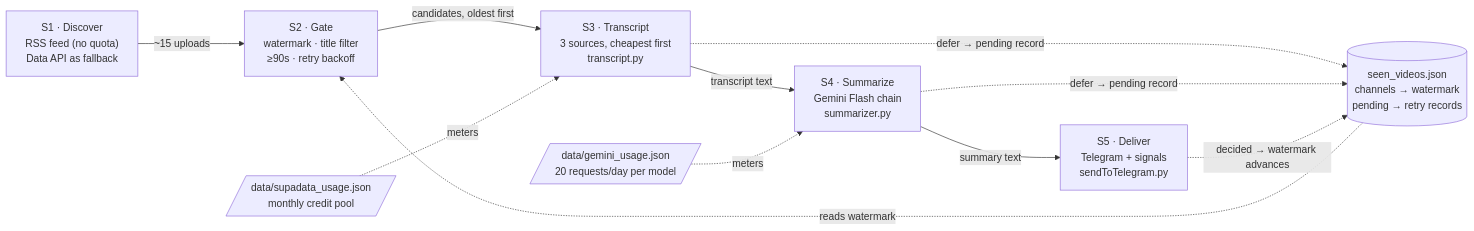
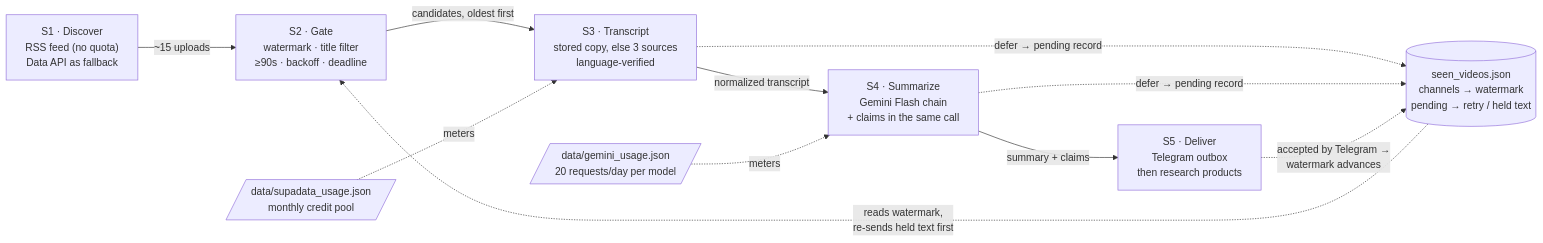
The first of 4 diagrams in docs/architecture.md (Oussamawork/YouTubeAutoSummarizer), drawn with Mermaid before and after one commit. The commit also changed other lines of this file, not shown here.

First line of the commit message:
docs: bring the architecture doc up to date with main

````diff
--- a/docs/architecture.md
+++ b/docs/architecture.md
@@ -22,22 +19,22 @@
 ```mermaid
 flowchart LR
     S1["S1 · Discover<br/>RSS feed (no quota)<br/>Data API as fallback"]
-    S2["S2 · Gate<br/>watermark · title filter<br/>≥90s · retry backoff"]
-    S3["S3 · Transcript<br/>3 sources, cheapest first<br/>transcript.py"]
-    S4["S4 · Summarize<br/>Gemini Flash chain<br/>summarizer.py"]
-    S5["S5 · Deliver<br/>Telegram + signals<br/>sendToTelegram.py"]
-    STATE[("seen_videos.json<br/>channels → watermark<br/>pending → retry records")]
+    S2["S2 · Gate<br/>watermark · title filter<br/>≥90s · backoff · deadline"]
+    S3["S3 · Transcript<br/>stored copy, else 3 sources<br/>language-verified"]
+    S4["S4 · Summarize<br/>Gemini Flash chain<br/>+ claims in the same call"]
+    S5["S5 · Deliver<br/>Telegram outbox<br/>then research products"]
+    STATE[("seen_videos.json<br/>channels → watermark<br/>pending → retry / held text")]
     M1[/"data/supadata_usage.json<br/>monthly credit pool"/]
     M2[/"data/gemini_usage.json<br/>20 requests/day per model"/]
 
     S1 -->|"~15 uploads"| S2
     S2 -->|"candidates, oldest first"| S3
-    S3 -->|"transcript text"| S4
-    S4 -->|"summary text"| S5
+    S3 -->|"normalized transcript"| S4
+    S4 -->|"summary + claims"| S5
     M1 -.->|meters| S3
     M2 -.->|meters| S4
-    STATE -.->|reads watermark| S2
+    STATE -.->|"reads watermark,<br/>re-sends held text first"| S2
     S3 -.->|"defer → pending record"| STATE
     S4 -.->|"defer → pending record"| STATE
-    S5 -.->|"decided → watermark advances"| STATE
+    S5 -.->|"accepted by Telegram →<br/>watermark advances"| STATE
 ```
````
